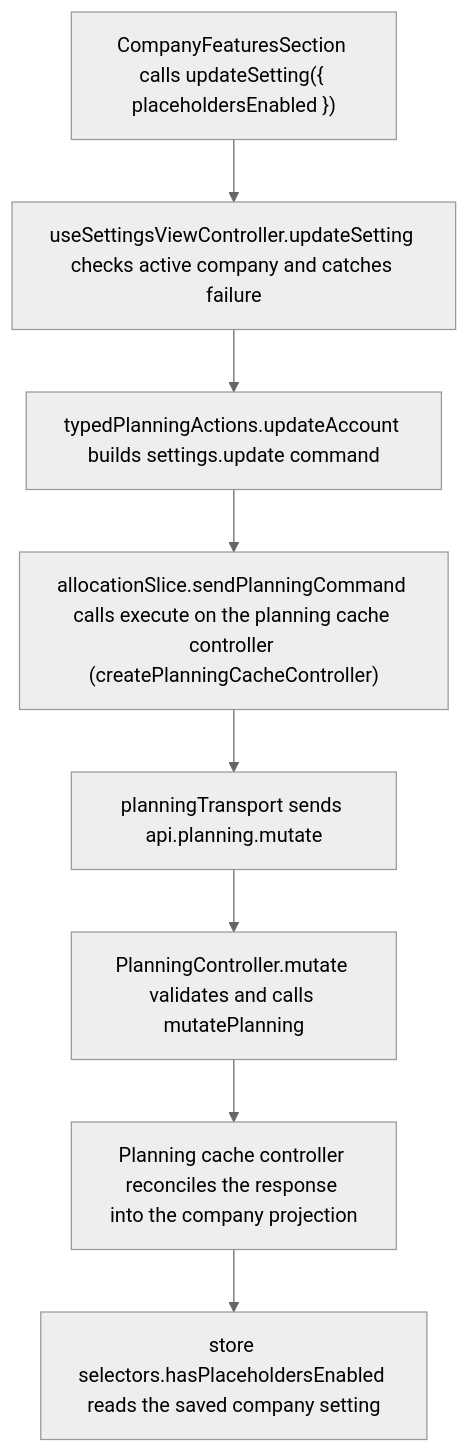
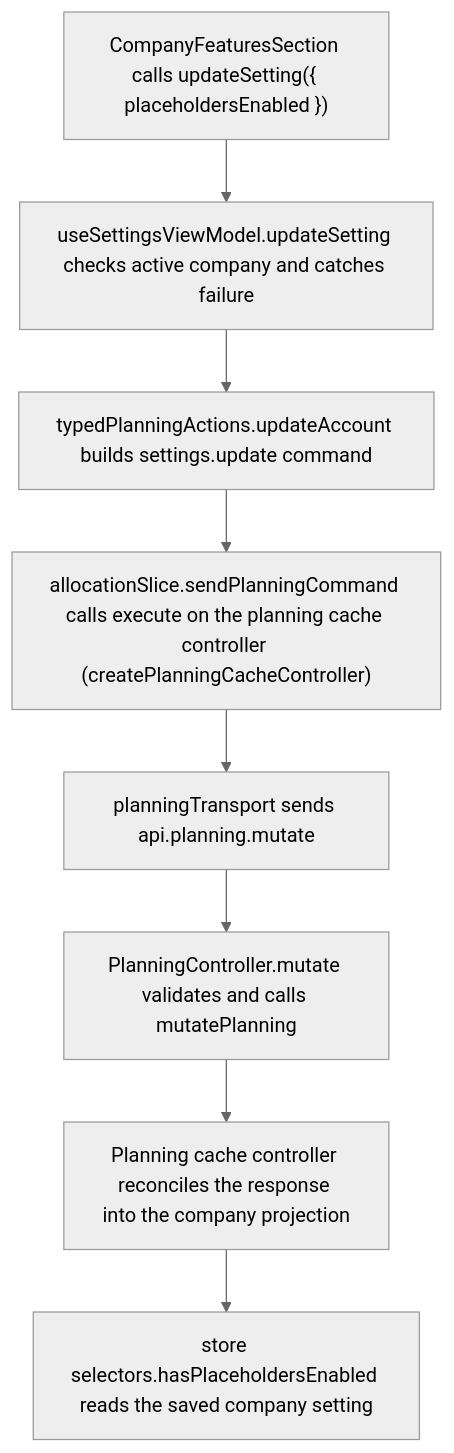
Before and after one commit to Kevinjohn/capacitylens: the second of 2 diagrams in user-stories/settings/US-SET-06-show-placeholders.md, drawn with Mermaid (neutral theme). The commit also changed other lines of this file and 33 other files, not shown here.

First line of the commit message:
Controller to view model: rename the screen hooks

````diff
--- a/user-stories/settings/US-SET-06-show-placeholders.md
+++ b/user-stories/settings/US-SET-06-show-placeholders.md
@@ -29,10 +29,10 @@
 ```mermaid
 flowchart TD
-  control["CompanyFeaturesSection calls updateSetting({ placeholdersEnabled })"] --> view["useSettingsViewController.updateSetting checks active company and catches failure"]
+  control["CompanyFeaturesSection calls updateSetting({ placeholdersEnabled })"] --> view["useSettingsViewModel.updateSetting checks active company and catches failure"]
   view --> action["typedPlanningActions.updateAccount builds settings.update command"]
   action --> execute["allocationSlice.sendPlanningCommand calls execute on the planning cache controller (createPlanningCacheController)"]
   execute --> transport["planningTransport sends api.planning.mutate"]
   transport --> route["PlanningController.mutate validates and calls mutatePlanning"]
   route --> reply["Planning cache controller reconciles the response into the company projection"]
   reply --> read["store selectors.hasPlaceholdersEnabled reads the saved company setting"]
 ```
````
